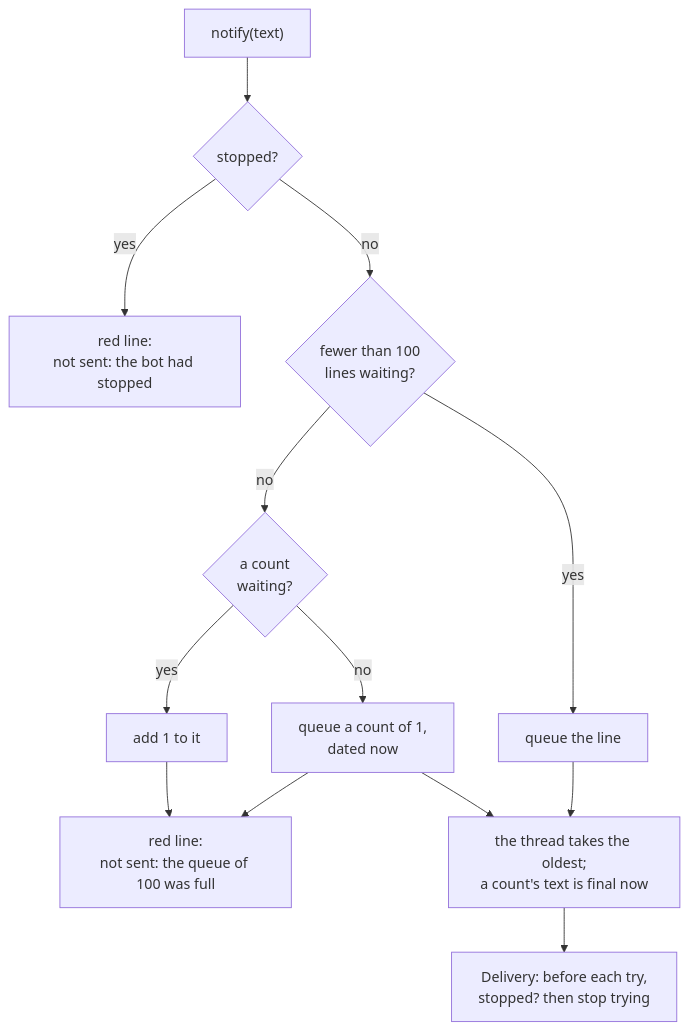
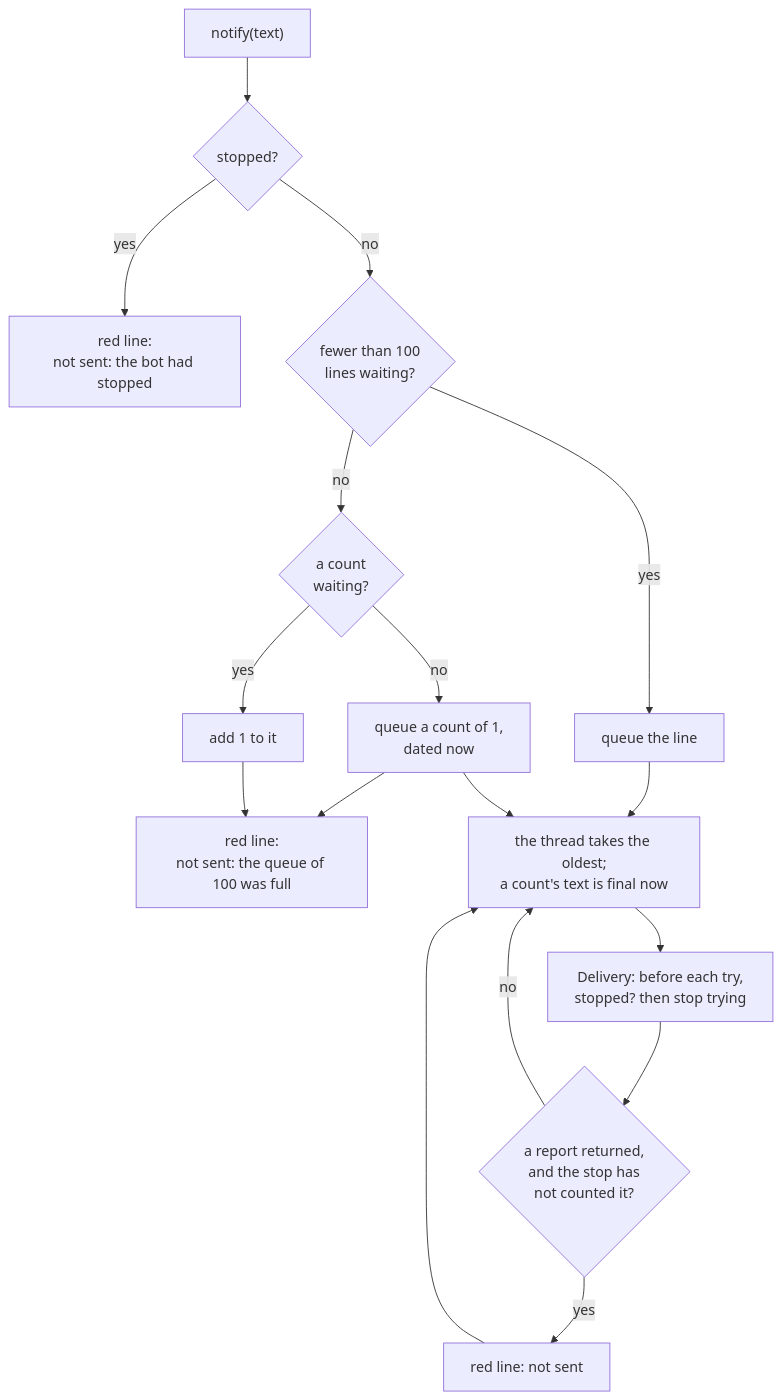
The first of 2 diagrams in docs/adr/0029-tighten-the-notifiers-stop-and-dropped-count.md (Akinzou/TradeLockerBot), drawn with Mermaid before and after one commit. The commit also changed other lines of this file and 8 other files, not shown here.

````diff
--- a/docs/adr/0029-tighten-the-notifiers-stop-and-dropped-count.md
+++ b/docs/adr/0029-tighten-the-notifiers-stop-and-dropped-count.md
@@ -82,15 +101,19 @@
 ```mermaid
 flowchart TD
     N["notify(text)"] --> S{"stopped?"}
     S -- "yes" --> R1["red line:<br/>not sent: the bot had stopped"]
     S -- "no" --> F{"fewer than 100<br/>lines waiting?"}
     F -- "yes" --> L["queue the line"]
     F -- "no" --> C{"a count<br/>waiting?"}
     C -- "no" --> NC["queue a count of 1,<br/>dated now"]
     C -- "yes" --> INC["add 1 to it"]
     NC --> R2["red line:<br/>not sent: the queue of 100 was full"]
     INC --> R2
     L --> T["the thread takes the oldest;<br/>a count's text is final now"]
     NC --> T
     T --> D["Delivery: before each try,<br/>stopped? then stop trying"]
+    D --> REP{"a report returned,<br/>and the stop has<br/>not counted it?"}
+    REP -- "yes" --> R3["red line: not sent"]
+    REP -- "no" --> T
+    R3 --> T
 ```
````
